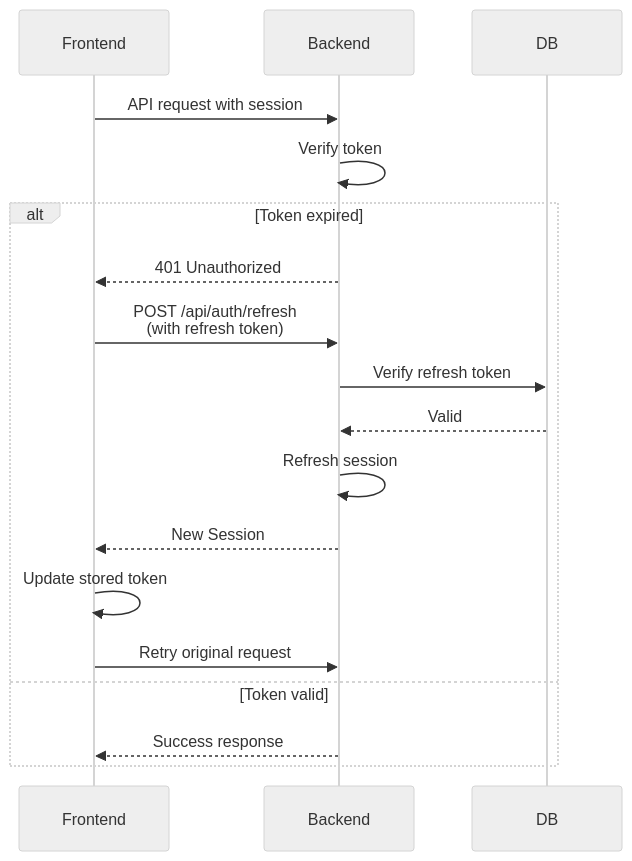
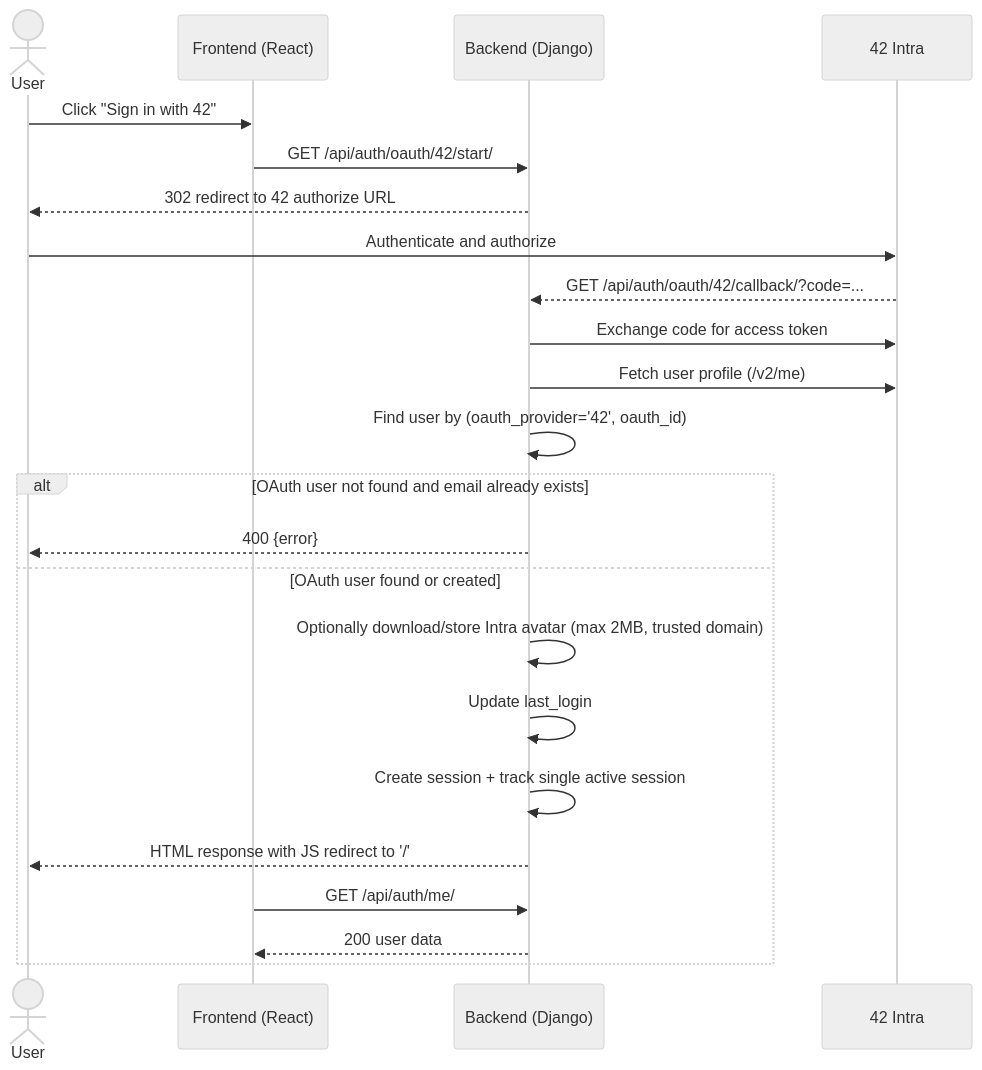
The second of 2 diagrams in docs/UserLoginProcess.md (antekgorski/ft_transcendence), drawn with Mermaid (neutral theme) before and after one commit. The commit also changed other lines of this file and 20 other files, not shown here.

````diff
--- a/docs/UserLoginProcess.md
+++ b/docs/UserLoginProcess.md
@@ -238,22 +39,28 @@
 ```mermaid
 sequenceDiagram
-    participant Frontend
-    participant Backend
-    participant DB
+    actor User
+    participant Frontend as Frontend (React)
+    participant Backend as Backend (Django)
+    participant OAuth as 42 Intra
 
-    Frontend->>Backend: API request with session
-    Backend->>Backend: Verify token
-    
-    alt Token expired
-        Backend-->>Frontend: 401 Unauthorized
-        Frontend->>Backend: POST /api/auth/refresh<br/>(with refresh token)
-        Backend->>DB: Verify refresh token
-        DB-->>Backend: Valid
-        Backend->>Backend: Refresh session
-        Backend-->>Frontend: New Session
-        Frontend->>Frontend: Update stored token
-        Frontend->>Backend: Retry original request
-    else Token valid
-        Backend-->>Frontend: Success response
+    User->>Frontend: Click "Sign in with 42"
+    Frontend->>Backend: GET /api/auth/oauth/42/start/
+    Backend-->>User: 302 redirect to 42 authorize URL
+    User->>OAuth: Authenticate and authorize
+    OAuth-->>Backend: GET /api/auth/oauth/42/callback/?code=...
+
+    Backend->>OAuth: Exchange code for access token
+    Backend->>OAuth: Fetch user profile (/v2/me)
+    Backend->>Backend: Find user by (oauth_provider='42', oauth_id)
+
+    alt OAuth user not found and email already exists
+        Backend-->>User: 400 {error}
+    else OAuth user found or created
+        Backend->>Backend: Optionally download/store Intra avatar (max 2MB, trusted domain)
+        Backend->>Backend: Update last_login
+        Backend->>Backend: Create session + track single active session
+        Backend-->>User: HTML response with JS redirect to '/'
+        Frontend->>Backend: GET /api/auth/me/
+        Backend-->>Frontend: 200 user data
     end
 ```
````
